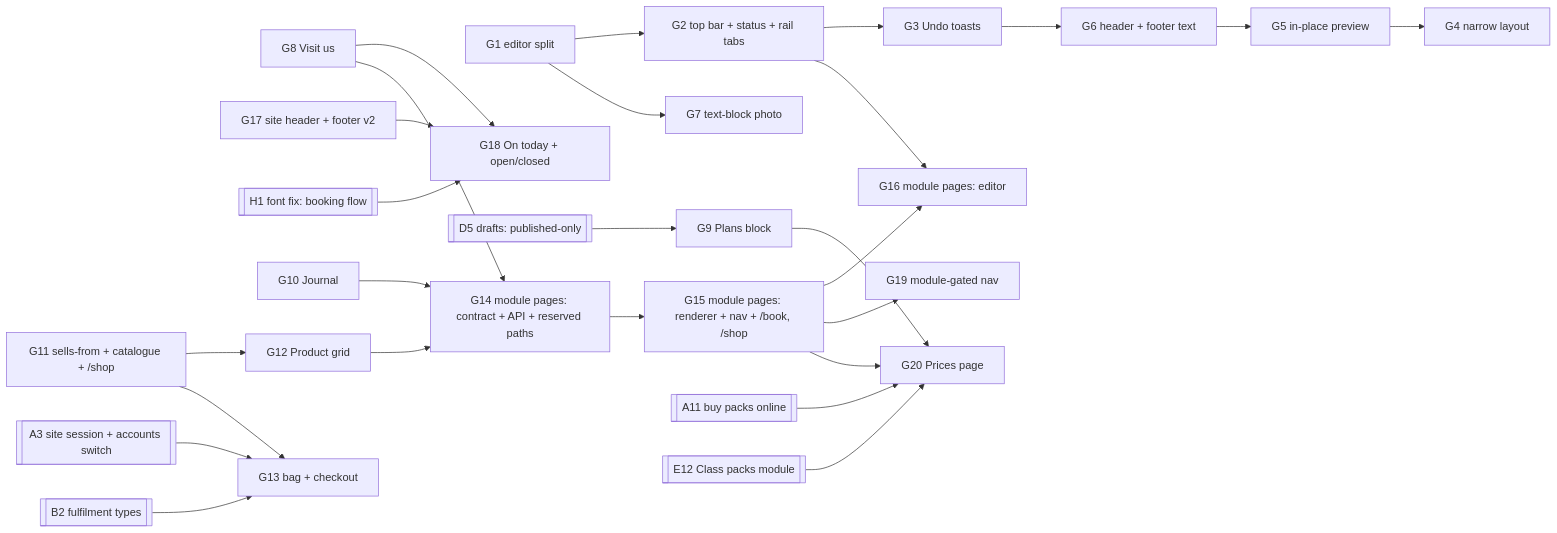
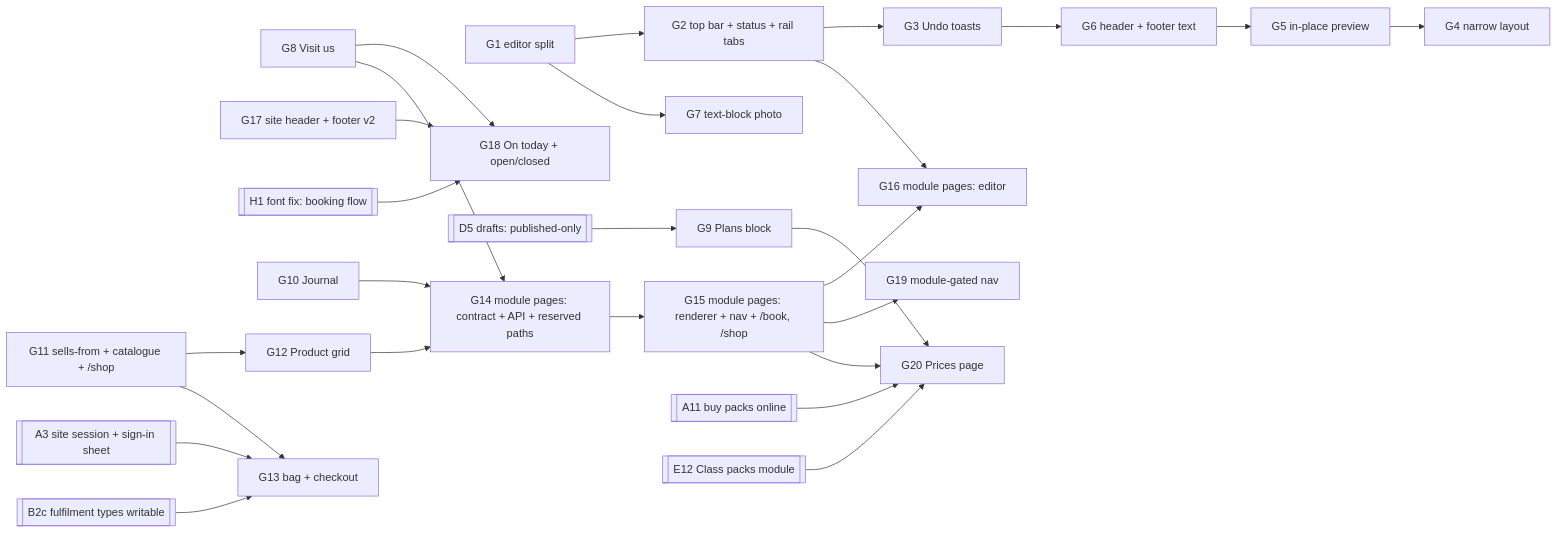
The second of 2 diagrams in docs/plans/2026-09-26-007-feat-site-editor-customer-site-plan.md (saroh-labs/saroh.in), drawn with Mermaid before and after one commit. The commit also changed other lines of this file and 2 other files, not shown here.

First line of the commit message:
docs(plans): sign-in is always on for every merchant site

````diff
--- a/docs/plans/2026-09-26-007-feat-site-editor-customer-site-plan.md
+++ b/docs/plans/2026-09-26-007-feat-site-editor-customer-site-plan.md
@@ -479,31 +483,31 @@
 ```mermaid
 flowchart LR
   G1[G1 editor split] --> G2[G2 top bar + status + rail tabs]
   G2 --> G3[G3 Undo toasts]
   G3 --> G6[G6 header + footer text]
   G6 --> G5[G5 in-place preview]
   G5 --> G4[G4 narrow layout]
   G1 --> G7[G7 text-block photo]
   G8[G8 Visit us]
   G17[G17 site header + footer v2]
   G8 --> G18[G18 On today + open/closed]
   G17 --> G18
   H1[[H1 font fix: booking flow]] --> G18
   G10[G10 Journal]
   D5[[D5 drafts: published-only]] --> G9[G9 Plans block]
   G11[G11 sells-from + catalogue + /shop] --> G12[G12 Product grid]
   G11 --> G13[G13 bag + checkout]
-  A3[[A3 site session + accounts switch]] --> G13
-  B2[[B2 fulfilment types]] --> G13
+  A3[[A3 site session + sign-in sheet]] --> G13
+  B2[[B2c fulfilment types writable]] --> G13
   G8 --> G14[G14 module pages: contract + API + reserved paths]
   G10 --> G14
   G12 --> G14
   G14 --> G15[G15 module pages: renderer + nav + /book, /shop]
   G15 --> G16[G16 module pages: editor]
   G2 --> G16
   G15 --> G19[G19 module-gated nav]
   G9 --> G20[G20 Prices page]
   A11[[A11 buy packs online]] --> G20
   E12[[E12 Class packs module]] --> G20
   G15 --> G20
 ```
````
